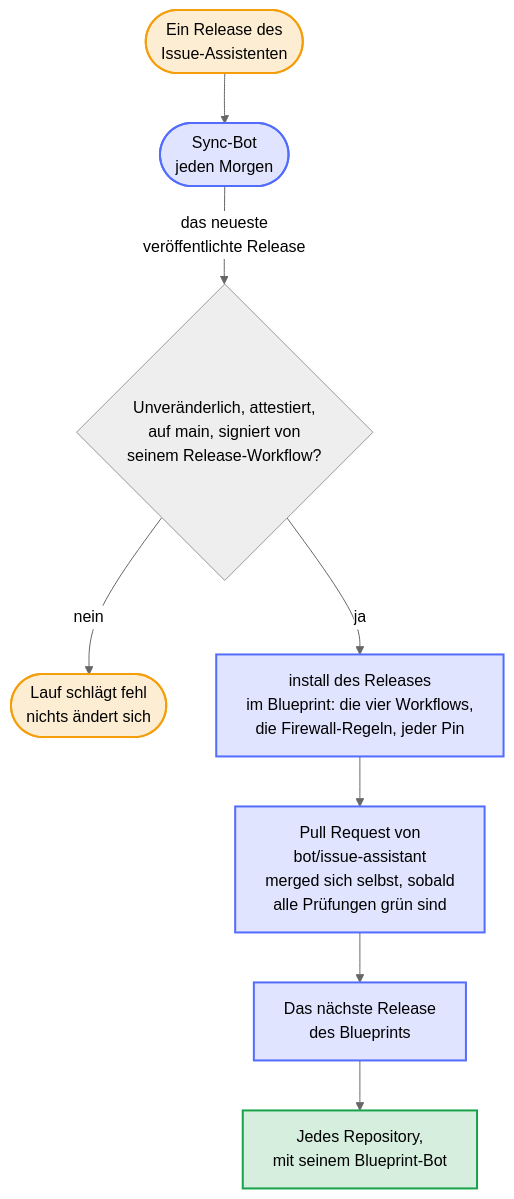
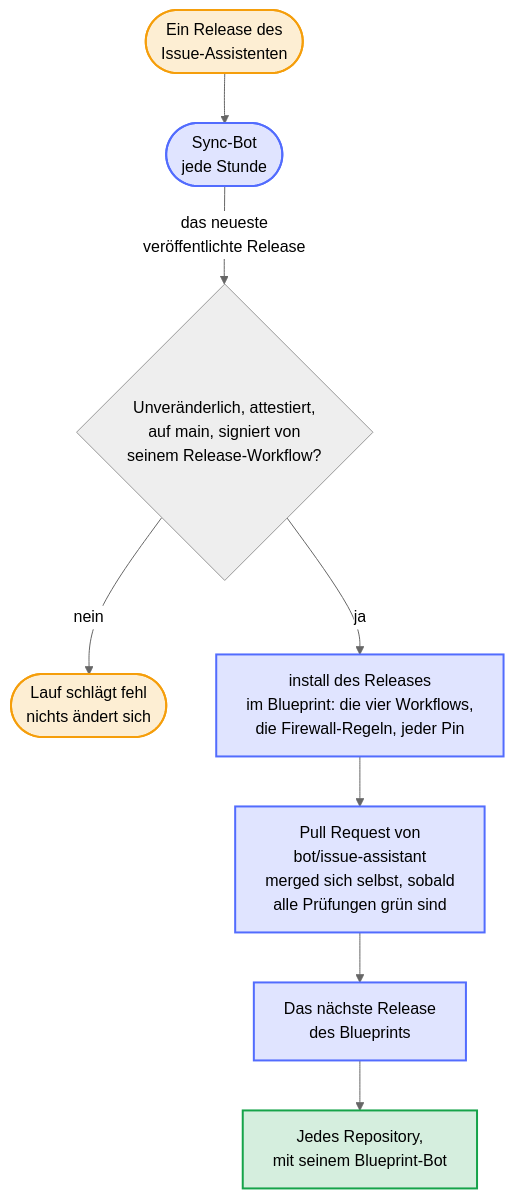
The diagram in docs/diagrams/how-a-release-of-the-issue-assistant-reaches-every-repository.de.mmd (Dennis-Otto/repo-blueprint), drawn with Mermaid (neutral theme) before and after one commit. The commit also changed 18 other files, not shown here.

First line of the commit message:
fix: a release of the issue assistant reaches the blueprint within about an hour, not the next morning (#728)

```diff
--- a/docs/diagrams/how-a-release-of-the-issue-assistant-reaches-every-repository.de.mmd
+++ b/docs/diagrams/how-a-release-of-the-issue-assistant-reaches-every-repository.de.mmd
@@ -1,29 +1,29 @@
 ---
 config:
   flowchart:
     wrappingWidth: 400
 ---
 flowchart TB
     accTitle: Wie ein Release des Issue-Assistenten in jedes Repository kommt
-    accDescr: Jeden Morgen nimmt der Sync-Bot des Blueprints das neueste veröffentlichte Release des Issue-Assistenten und prüft es: Das Release muss unveränderlich sein, GitHubs Attestierung muss stimmen, sein Tag muss auf einen Commit des main-Branches des Issue-Assistenten zeigen, und sein Release-Workflow muss den Tag signiert haben. Jedes andere Release lässt den Lauf fehlschlagen, und nichts ändert sich. Sonst führt der Bot install des Releases im Wurzelverzeichnis des Blueprints aus, das die vier Workflows und die Firewall-Regeln des Releases schreibt und jeden Pin der Action umstellt, und hält einen Pull Request mit dem Ergebnis, der sich selbst merged, sobald alle Prüfungen grün sind. Das nächste Release des Blueprints bringt es mit dem Blueprint-Bot in jedes Repository.
+    accDescr: Jede Stunde nimmt der Sync-Bot des Blueprints das neueste veröffentlichte Release des Issue-Assistenten und prüft es: Das Release muss unveränderlich sein, GitHubs Attestierung muss stimmen, sein Tag muss auf einen Commit des main-Branches des Issue-Assistenten zeigen, und sein Release-Workflow muss den Tag signiert haben. Jedes andere Release lässt den Lauf fehlschlagen, und nichts ändert sich. Sonst führt der Bot install des Releases im Wurzelverzeichnis des Blueprints aus, das die vier Workflows und die Firewall-Regeln des Releases schreibt und jeden Pin der Action umstellt, und hält einen Pull Request mit dem Ergebnis, der sich selbst merged, sobald alle Prüfungen grün sind. Das nächste Release des Blueprints bringt es mit dem Blueprint-Bot in jedes Repository.
 
     release(["Ein Release des<br>Issue-Assistenten"])
-    bot(["Sync-Bot<br>jeden Morgen"])
+    bot(["Sync-Bot<br>jede Stunde"])
     verified{"Unveränderlich, attestiert,<br>auf main, signiert von<br>seinem Release-Workflow?"}
     refused(["Lauf schlägt fehl<br>nichts ändert sich"])
     install["install des Releases<br>im Blueprint: die vier Workflows,<br>die Firewall-Regeln, jeder Pin"]
     pr["Pull Request von<br>bot/issue-assistant<br>merged sich selbst, sobald<br>alle Prüfungen grün sind"]
     blueprint["Das nächste Release<br>des Blueprints"]
     fleet["Jedes Repository,<br>mit seinem Blueprint-Bot"]
 
     release --> bot
     bot -- "das neueste<br>veröffentlichte Release" --> verified
     verified -- "nein" --> refused
     verified -- "ja" --> install --> pr --> blueprint --> fleet
 
     classDef bot fill:#526cfe2e,stroke:#526cfe,stroke-width:2px
     classDef person fill:#f59e0b2e,stroke:#f59e0b,stroke-width:2px
     classDef done fill:#16a34a2e,stroke:#16a34a,stroke-width:2px
     class bot,install,pr,blueprint bot
     class release,refused person
     class fleet done
```
